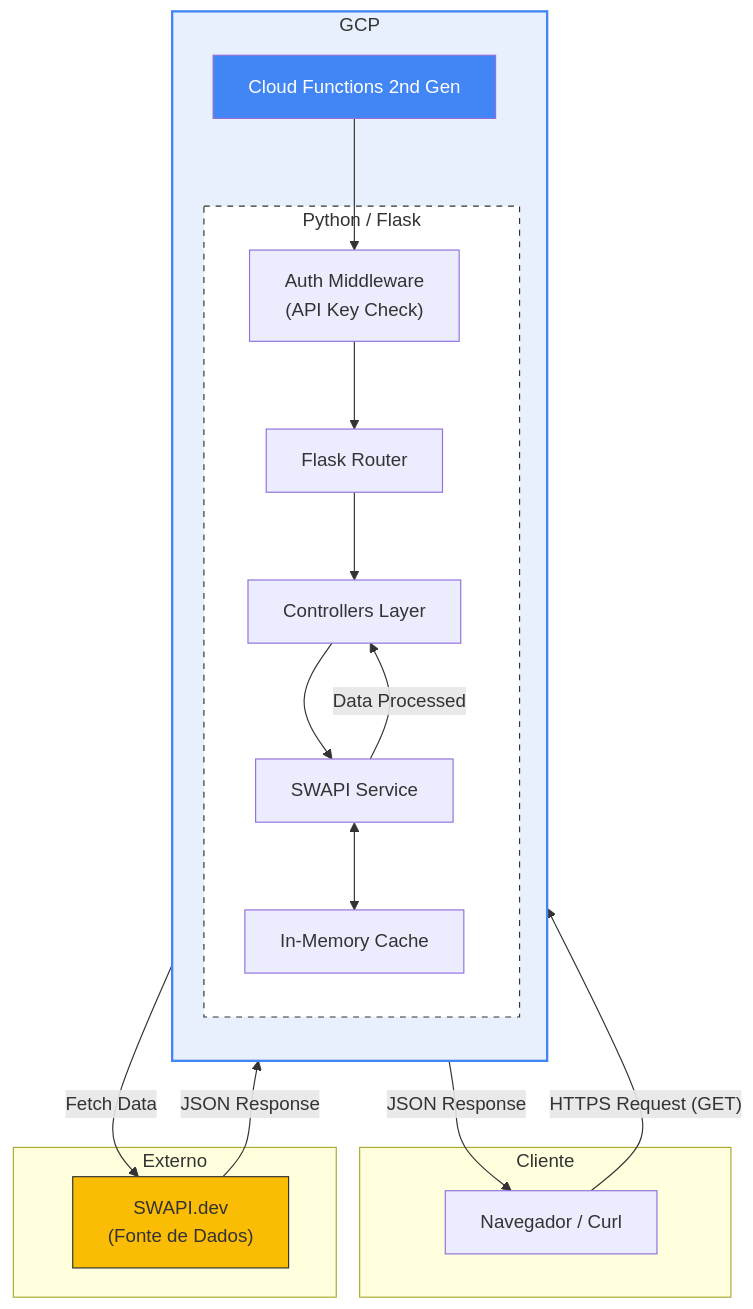
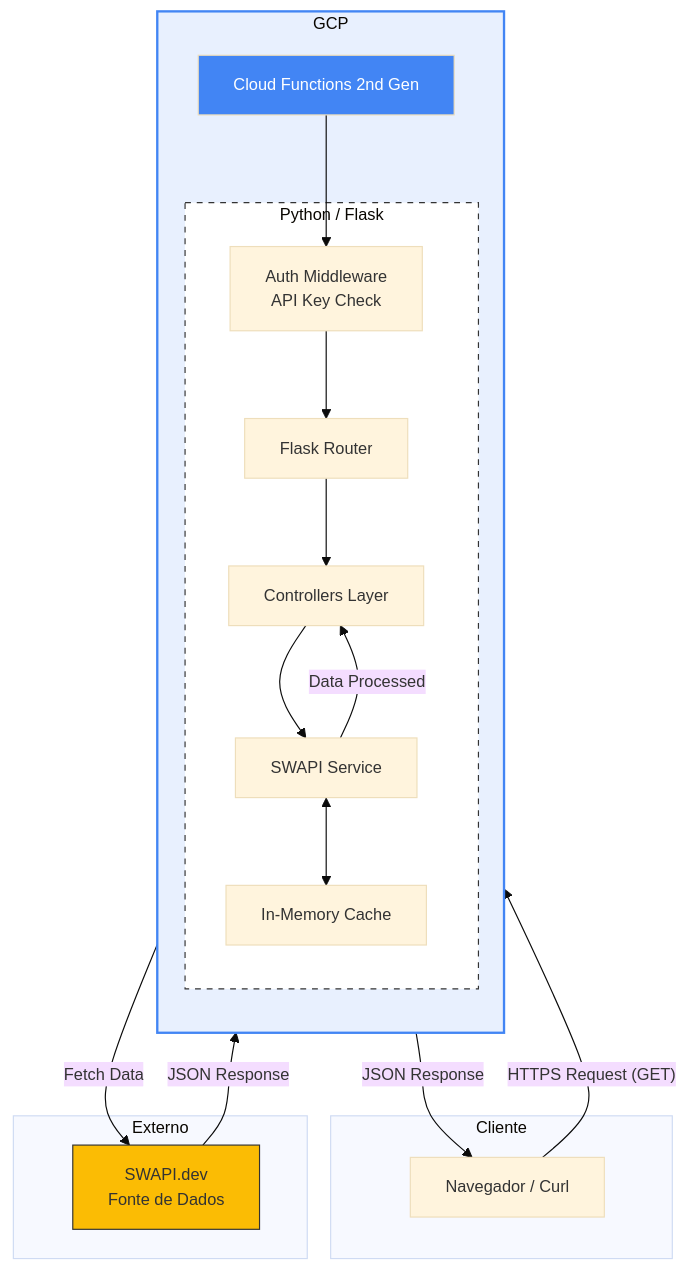
Before and after one commit to Douglas-L-A/starwars-api: the diagram in README.md, drawn with Mermaid. The commit also changed other lines of this file, not shown here.

````diff
--- a/README.md
+++ b/README.md
@@ -15,43 +15,44 @@
 ```mermaid
+%%{init: {'theme': 'base', 'themeVariables': { 'fontFamily': 'Montserrat, Trebuchet MS, Verdana, sans-serif', 'fontSize': '14px' }}}%%
 graph TD
     subgraph Client_Side [Cliente]
-        Browser["Navegador / Curl"]
+        Browser[Navegador / Curl]
     end
 
     subgraph GCP [GCP]
         direction TB
         
         CF[Cloud Functions 2nd Gen]
         
         subgraph App_Logic [Python / Flask]
-            Auth["Auth Middleware<br/>(API Key Check)"]
+            Auth[Auth Middleware<br/>API Key Check]
             Router[Flask Router]
             Controller[Controllers Layer]
             Service[SWAPI Service]
             Cache[In-Memory Cache]
         end
         
         CF --> Auth
         Auth --> Router
         Router --> Controller
         Controller --> Service
         Service <--> Cache
     end
 
     subgraph External [Externo]
-        SWAPI["SWAPI.dev<br/>(Fonte de Dados)"]
+        SWAPI[SWAPI.dev<br/>Fonte de Dados]
     end
 
     %% Fluxo
     Browser -- "HTTPS Request (GET)" --> CF
     Service -- "Fetch Data" --> SWAPI
     SWAPI -- "JSON Response" --> Service
     Service -- "Data Processed" --> Controller
     Controller -- "JSON Response" --> Browser
 
     %% Estilização
     style GCP fill:#e8f0fe,stroke:#4285f4,stroke-width:2px
     style CF fill:#4285f4,color:#fff
     style SWAPI fill:#fbbc04,stroke:#333
     style App_Logic fill:#fff,stroke:#333,stroke-dasharray: 5 5
 ```
````
